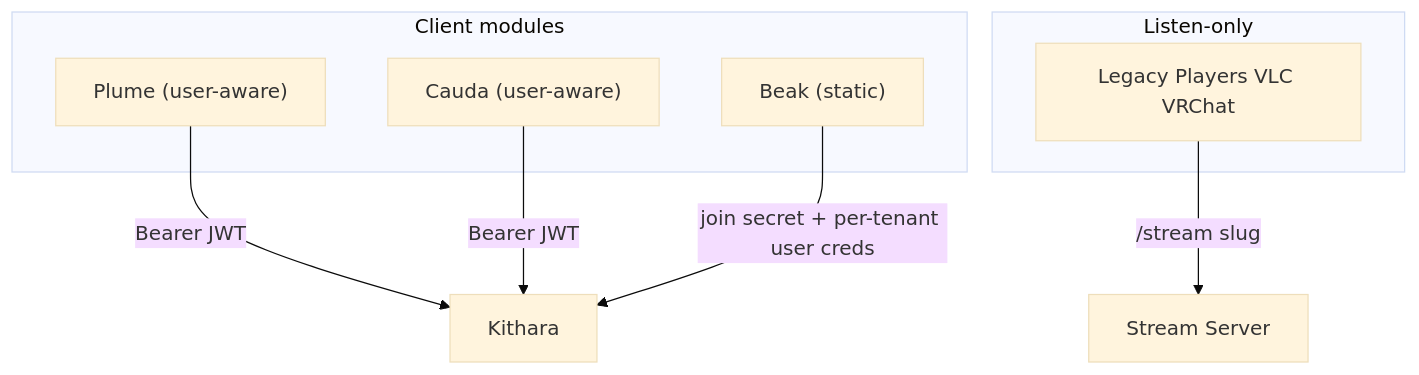
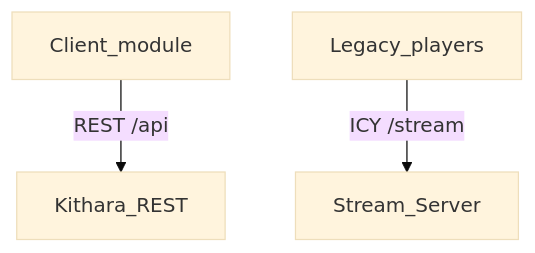
One commit to Bardie-radio/bardie-kithara changed the diagram in docs/architecture/domains/clients.md. Above: the diagram before and after it, drawn with Mermaid (base theme). The commit also changed other lines of this file and 4 other files, not shown here.

````diff
--- a/docs/architecture/domains/clients.md
+++ b/docs/architecture/domains/clients.md
@@ -3,15 +5,7 @@
 ```mermaid
 flowchart TB
-  subgraph clients [Client modules]
-    Plume["Plume (user-aware)"]
-    Cauda["Cauda (user-aware)"]
-    Beak["Beak (static)"]
-  end
-  subgraph listen [Listen-only]
-    Players[Legacy Players VLC VRChat]
-  end
-  Plume -->|Bearer JWT| Kithara
-  Cauda -->|Bearer JWT| Kithara
-  Beak -->|join secret + per-tenant user creds| Kithara
-  Players -->|/stream slug| StreamSrv[Stream Server]
+  ClientMod[Client_module]
+  Players[Legacy_players]
+  ClientMod -->|REST /api| API[Kithara_REST]
+  Players -->|ICY /stream| StreamSrv[Stream_Server]
 ```
````
